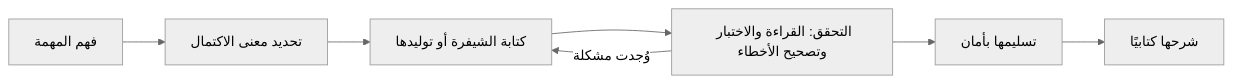
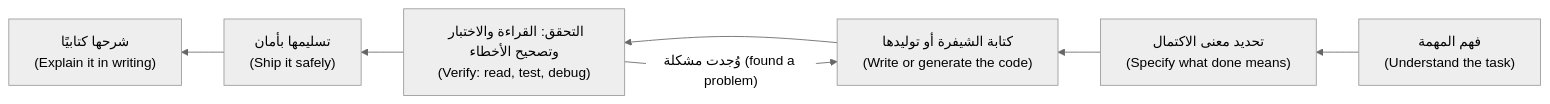
Before and after one commit to Tamoura/system-design-for-vibe-coders: the first of 3 diagrams in career/modules/00-orientation.ar.md, drawn with Mermaid (neutral theme). The commit also changed other lines of this file and 20 other files, not shown here.

First line of the commit message:
New courses: Arabic diagrams read right-to-left with English labels (modules 0–6)

````diff
--- a/career/modules/00-orientation.ar.md
+++ b/career/modules/00-orientation.ar.md
@@ -50,9 +50,9 @@
 ```mermaid
-flowchart LR
-    A["فهم المهمة"] --> B["تحديد معنى الاكتمال"]
-    B --> C["كتابة الشيفرة أو توليدها"]
-    C --> D["التحقق: القراءة والاختبار وتصحيح الأخطاء"]
-    D --> E["تسليمها بأمان"]
-    E --> F["شرحها كتابيًا"]
-    D -->|"وُجدت مشكلة"| C
+flowchart RL
+    A["فهم المهمة<br/>(Understand the task)"] --> B["تحديد معنى الاكتمال<br/>(Specify what done means)"]
+    B --> C["كتابة الشيفرة أو توليدها<br/>(Write or generate the code)"]
+    C --> D["التحقق: القراءة والاختبار وتصحيح الأخطاء<br/>(Verify: read, test, debug)"]
+    D --> E["تسليمها بأمان<br/>(Ship it safely)"]
+    E --> F["شرحها كتابيًا<br/>(Explain it in writing)"]
+    D -->|"وُجدت مشكلة (found a problem)"| C
 ```
````
